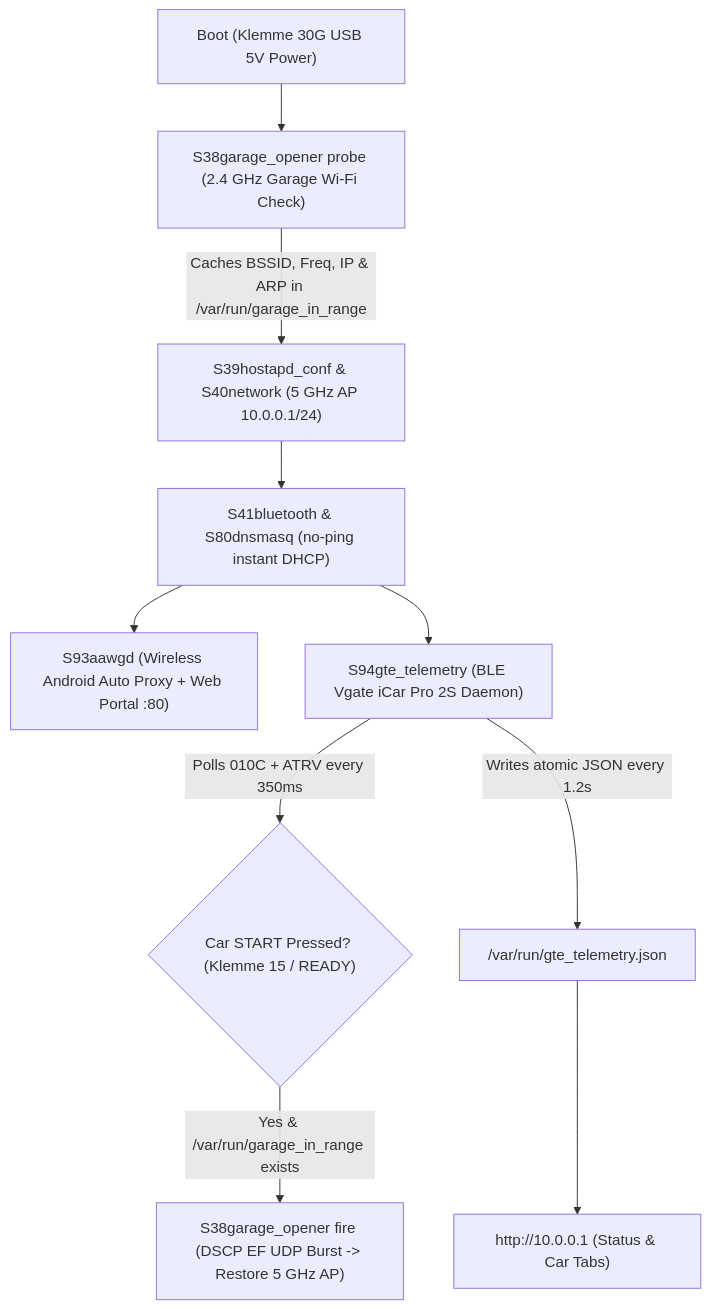
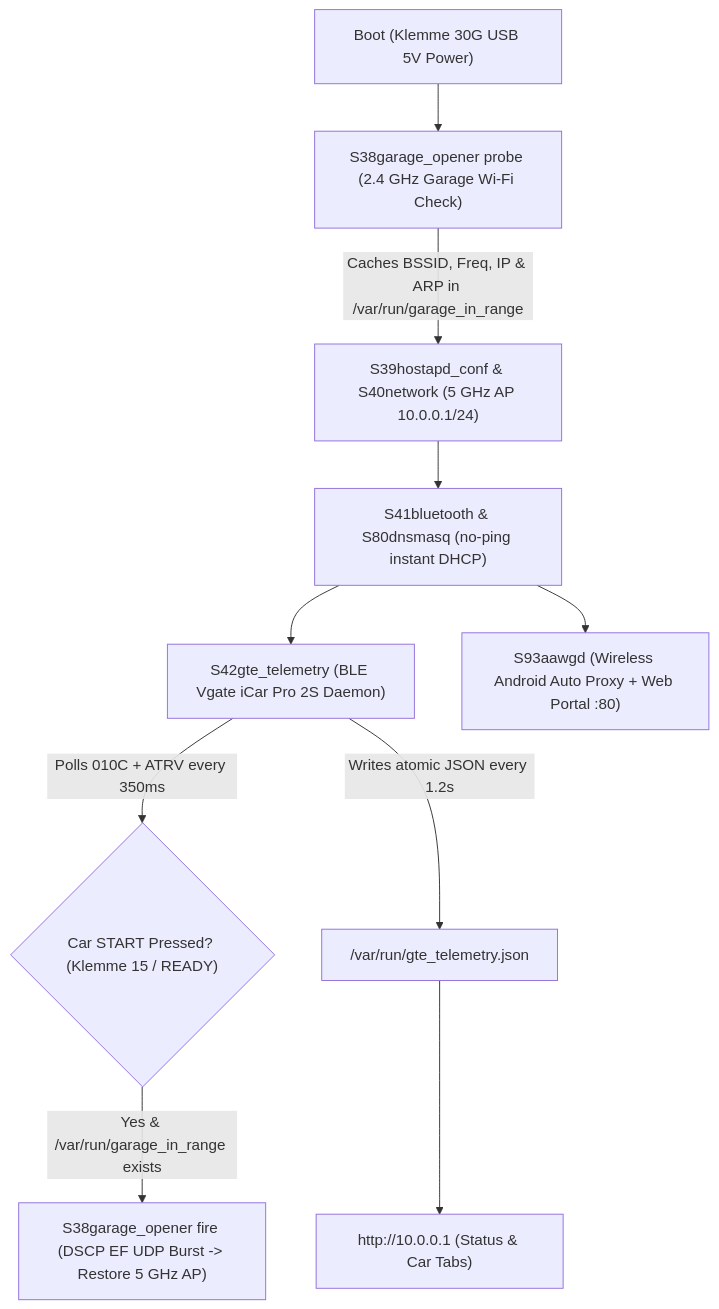
Before and after one commit to futesat/futedongle: the diagram in README.md, drawn with Mermaid. The commit also changed other lines of this file and 4 other files, not shown here.

Commit message:
feat(telemetry,boot): start gte_telemetryd early at S42 and add ad-hoc config support

````diff
--- a/README.md
+++ b/README.md
@@ -41,12 +41,12 @@
 ```mermaid
 flowchart TD
     Boot["Boot (Klemme 30G USB 5V Power)"] --> S38["S38garage_opener probe (2.4 GHz Garage Wi-Fi Check)"]
     S38 -->|Caches BSSID, Freq, IP & ARP in /var/run/garage_in_range| S39["S39hostapd_conf & S40network (5 GHz AP 10.0.0.1/24)"]
     S39 --> S41["S41bluetooth & S80dnsmasq (no-ping instant DHCP)"]
+    S41 --> S42["S42gte_telemetry (BLE Vgate iCar Pro 2S Daemon)"]
     S41 --> S93["S93aawgd (Wireless Android Auto Proxy + Web Portal :80)"]
-    S41 --> S94["S94gte_telemetry (BLE Vgate iCar Pro 2S Daemon)"]
-    S94 -->|Polls 010C + ATRV every 350ms| StartCheck{"Car START Pressed? (Klemme 15 / READY)"}
+    S42 -->|Polls 010C + ATRV every 350ms| StartCheck{"Car START Pressed? (Klemme 15 / READY)"}
     StartCheck -->|Yes & /var/run/garage_in_range exists| Fire["S38garage_opener fire (DSCP EF UDP Burst -> Restore 5 GHz AP)"]
-    S94 -->|Writes atomic JSON every 1.2s| TelemetryJSON["/var/run/gte_telemetry.json"]
+    S42 -->|Writes atomic JSON every 1.2s| TelemetryJSON["/var/run/gte_telemetry.json"]
     TelemetryJSON --> WebPortal["http://10.0.0.1 (Status & Car Tabs)"]
 ```
````
